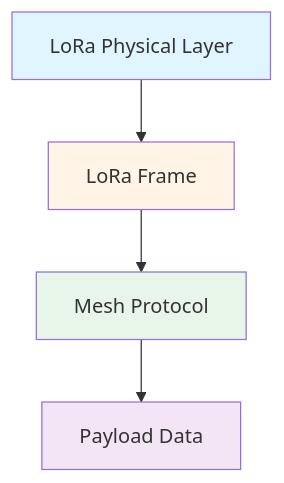
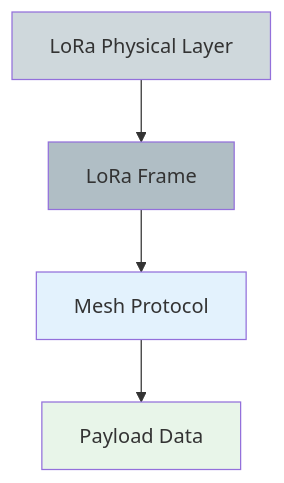
The first of 17 diagrams in docs/meshcore/packet-structure.md (Neukirchener/website), drawn with Mermaid before and after one commit. The commit also changed other lines of this file, not shown here.

````diff
--- a/docs/meshcore/packet-structure.md
+++ b/docs/meshcore/packet-structure.md
@@ -13,11 +13,11 @@
 ```mermaid
 graph TB
     A[LoRa Physical Layer] --> B[LoRa Frame]
     B --> C[Mesh Protocol]
     C --> D[Payload Data]
 
-    style A fill:#e1f5ff
-    style B fill:#fff4e6
-    style C fill:#e8f5e9
-    style D fill:#f3e5f5
+    style A fill:#cfd8dc
+    style B fill:#b0bec5
+    style C fill:#e3f2fd
+    style D fill:#e8f5e9
 ```
````
